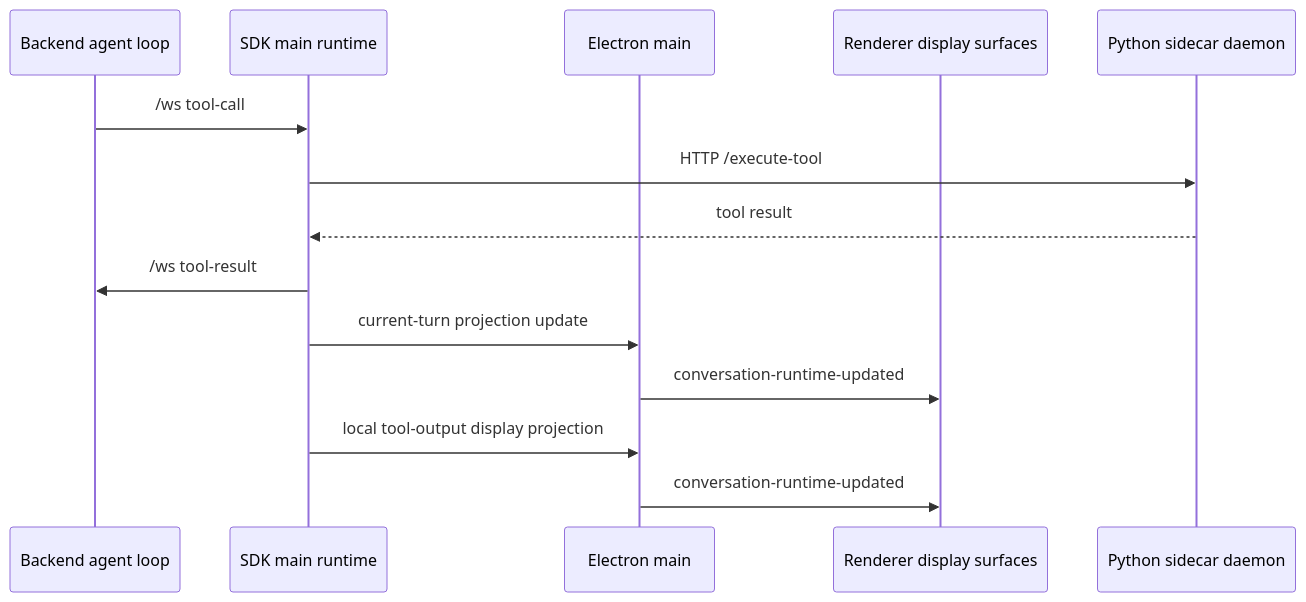
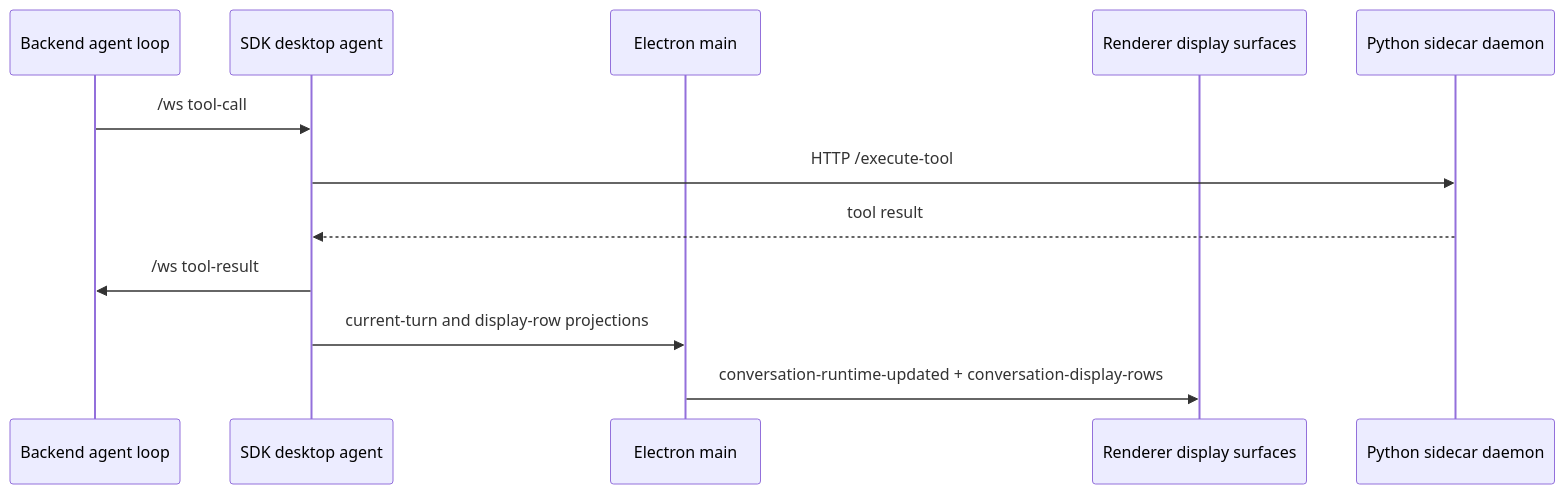
One commit to buiilding/My_Own_OpenClaw changed the diagram in docs/channels/sidecar_and_tool_channels.md. Above: the diagram before and after it, drawn with Mermaid. The commit also changed other lines of this file and 93 other files, not shown here.

````diff
--- a/docs/channels/sidecar_and_tool_channels.md
+++ b/docs/channels/sidecar_and_tool_channels.md
@@ -15,17 +15,15 @@
 ```mermaid
 sequenceDiagram
     participant Backend as Backend agent loop
-    participant SDK as SDK main runtime
+    participant SDK as SDK desktop agent
     participant Main as Electron main
     participant Renderer as Renderer display surfaces
     participant Sidecar as Python sidecar daemon
 
     Backend->>SDK: /ws tool-call
     SDK->>Sidecar: HTTP /execute-tool
     Sidecar-->>SDK: tool result
     SDK->>Backend: /ws tool-result
-    SDK->>Main: current-turn projection update
-    Main->>Renderer: conversation-runtime-updated
-    SDK->>Main: local tool-output display projection
-    Main->>Renderer: conversation-runtime-updated
+    SDK->>Main: current-turn and display-row projections
+    Main->>Renderer: conversation-runtime-updated + conversation-display-rows
 ```
````
